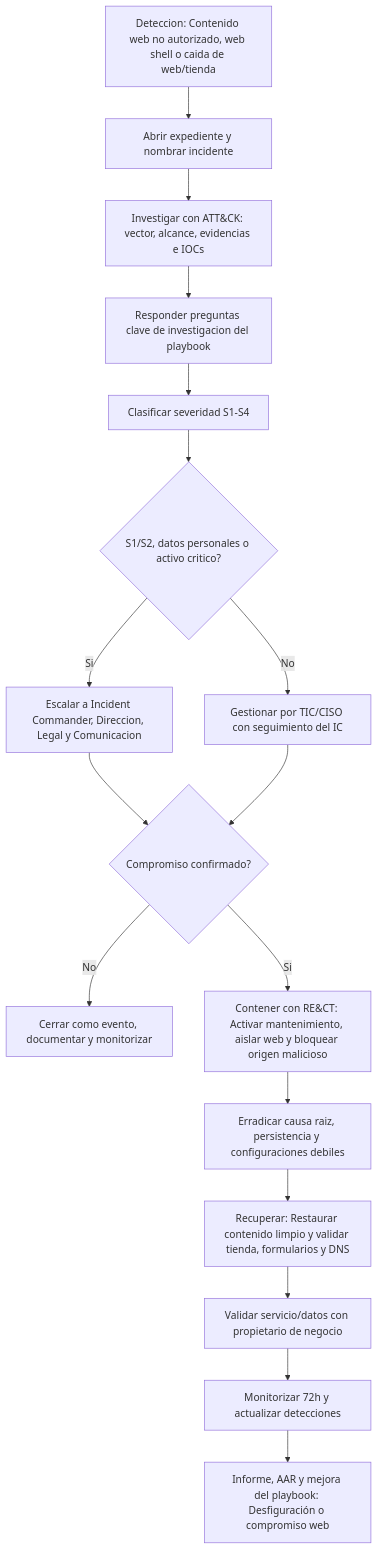
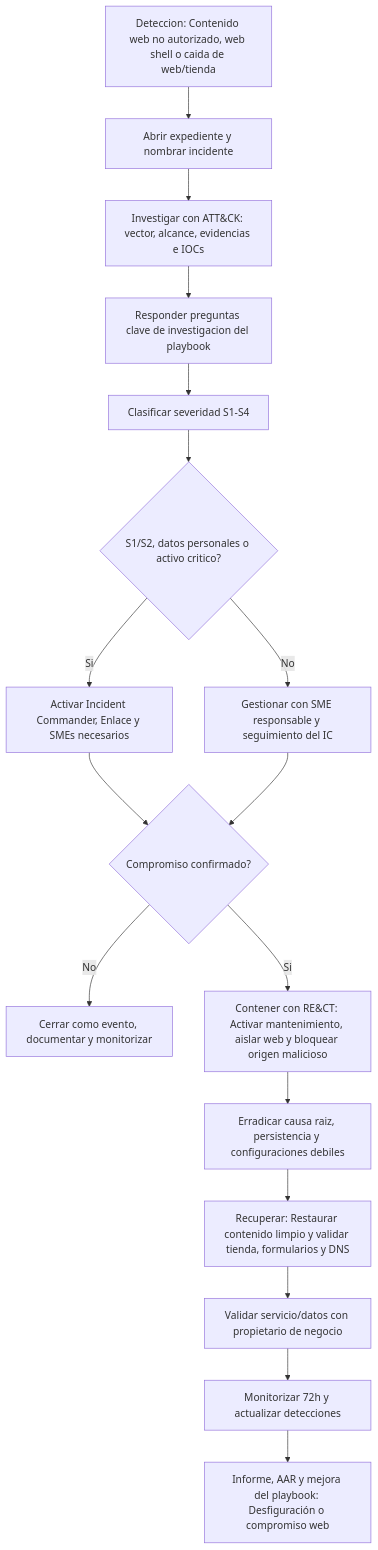
The third of 10 diagrams in 2526-4.1-G3.md (IES-Rafael-Alberti/incident-response-plan-plantilla), drawn with Mermaid before and after one commit. The commit also changed other lines of this file, not shown here.

````diff
--- a/2526-4.1-G3.md
+++ b/2526-4.1-G3.md
@@ -1455,19 +1465,19 @@
 ```mermaid
 flowchart TD
     A["Deteccion: Contenido web no autorizado, web shell o caida de web/tienda"] --> B["Abrir expediente y nombrar incidente"]
     B --> C["Investigar con ATT&CK: vector, alcance, evidencias e IOCs"]
     C --> Q["Responder preguntas clave de investigacion del playbook"]
     Q --> D["Clasificar severidad S1-S4"]
     D --> E{"S1/S2, datos personales o activo critico?"}
-    E -- "Si" --> F["Escalar a Incident Commander, Direccion, Legal y Comunicacion"]
-    E -- "No" --> G["Gestionar por TIC/CISO con seguimiento del IC"]
+    E -- "Si" --> F["Activar Incident Commander, Enlace y SMEs necesarios"]
+    E -- "No" --> G["Gestionar con SME responsable y seguimiento del IC"]
     F --> H{"Compromiso confirmado?"}
     G --> H
     H -- "No" --> I["Cerrar como evento, documentar y monitorizar"]
     H -- "Si" --> J["Contener con RE&CT: Activar mantenimiento, aislar web y bloquear origen malicioso"]
     J --> K["Erradicar causa raiz, persistencia y configuraciones debiles"]
     K --> L["Recuperar: Restaurar contenido limpio y validar tienda, formularios y DNS"]
     L --> M["Validar servicio/datos con propietario de negocio"]
     M --> N["Monitorizar 72h y actualizar detecciones"]
     N --> O["Informe, AAR y mejora del playbook: Desfiguración o compromiso web"]
 ```
````
